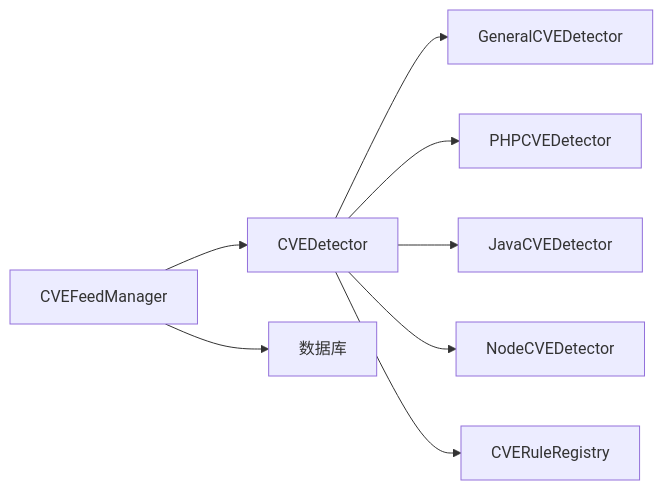
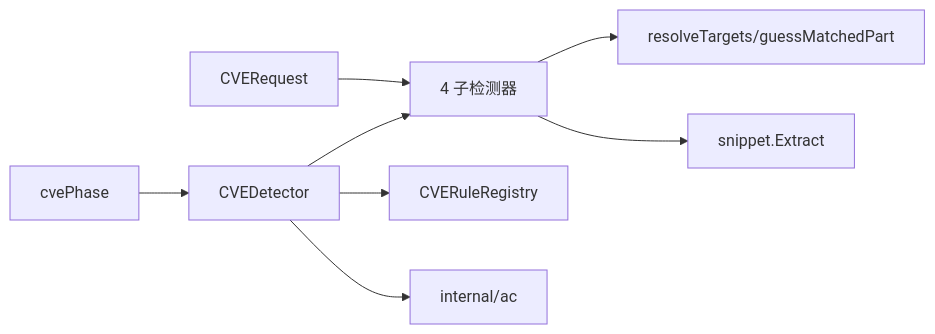
Before and after one commit to x01n/My-OpenWaf: the fifth of 5 diagrams in docs/安全防护功能/CVE 漏洞检测/CVE 检测器架构.md, drawn with Mermaid. The commit also changed other lines of this file and 622 other files, not shown here.

````diff
--- a/docs/安全防护功能/CVE 漏洞检测/CVE 检测器架构.md
+++ b/docs/安全防护功能/CVE 漏洞检测/CVE 检测器架构.md
@@ -345,10 +283,10 @@
 ```mermaid
 graph LR
-Detector["CVEDetector"] --> Gen["GeneralCVEDetector"]
-Detector --> Php["PHPCVEDetector"]
-Detector --> Java["JavaCVEDetector"]
-Detector --> Node["NodeCVEDetector"]
-Detector --> Reg["CVERuleRegistry"]
-Feed["CVEFeedManager"] --> DB["数据库"]
-Feed --> Detector
+REQ["CVERequest"] --> SUBS["4 子检测器"]
+SUBS --> RT["resolveTargets/guessMatchedPart"]
+SUBS --> SN["snippet.Extract"]
+CD["CVEDetector"] --> SUBS
+CD --> REG["CVERuleRegistry"]
+CD --> AC["internal/ac"]
+PH["cvePhase"] --> CD
 ```
````
